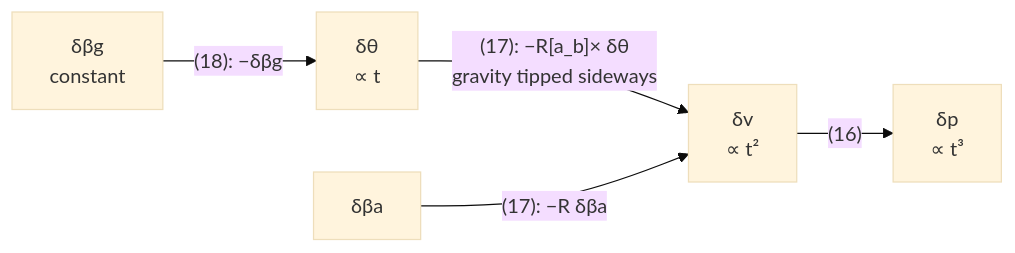
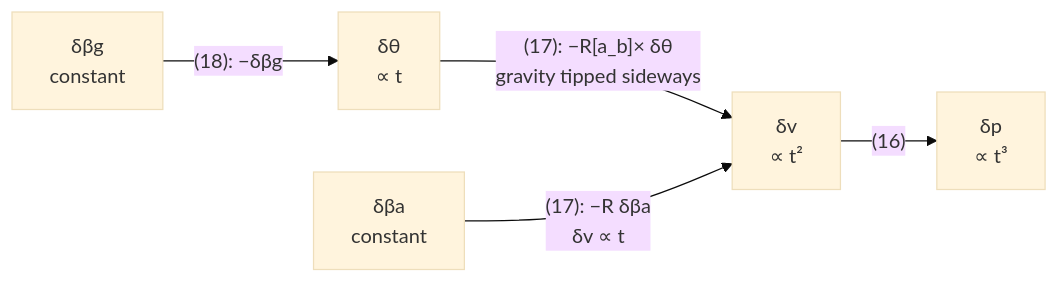
The second of 2 diagrams in EQUATIONS.md (wboayue/fusion-nav), drawn with Mermaid (base theme) before and after one commit. The commit also changed other lines of this file, not shown here.

````diff
--- a/EQUATIONS.md
+++ b/EQUATIONS.md
@@ -530,7 +542,7 @@
 ```mermaid
 flowchart LR
     bg["δβg<br/>constant"] -- "(18): −δβg" --> th["δθ<br/>∝ t"]
     th -- "(17): −R[a_b]× δθ<br/>gravity tipped sideways" --> v["δv<br/>∝ t²"]
-    ba["δβa"] -- "(17): −R δβa" --> v
+    ba["δβa<br/>constant"] -- "(17): −R δβa<br/>δv ∝ t" --> v
     v -- "(16)" --> p["δp<br/>∝ t³"]
 ```
````
